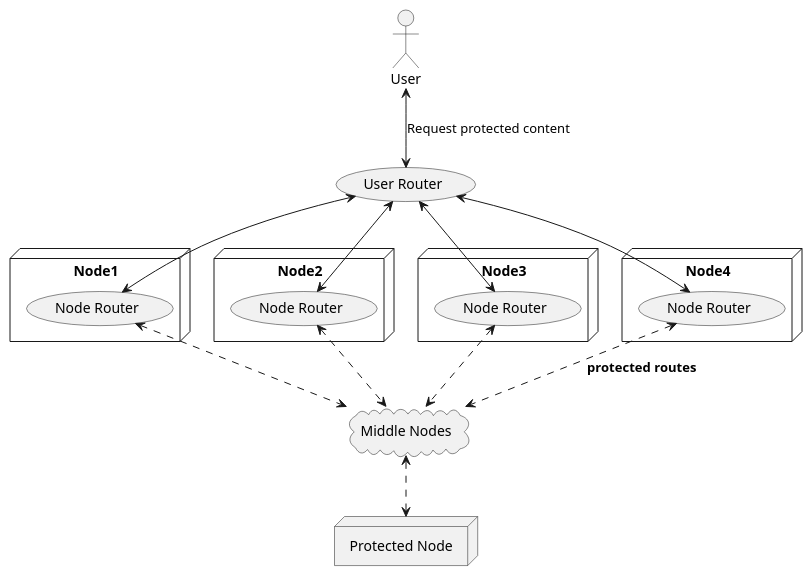
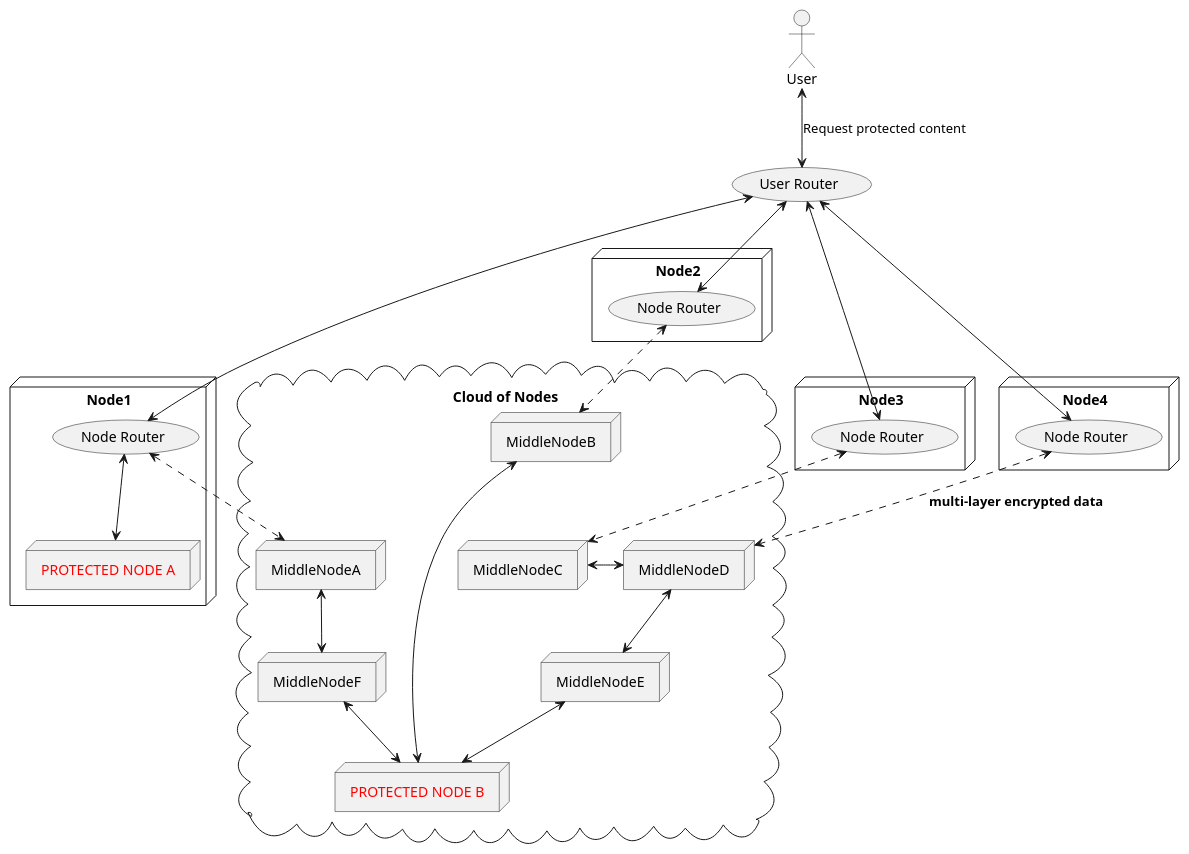
One commit to wetube/bitcloud changed the seventh of 8 diagrams in bitcloud.org. Above: the diagram before and after it, drawn with PlantUML. The commit also changed other lines of this file and 1 other file, not shown here.

```diff
--- a/bitcloud.org
+++ b/bitcloud.org
@@ -645,29 +649,42 @@
 #+BEGIN_SRC plantuml :file "img/protected-route.png"
-cloud "Middle Nodes" as MN {
+cloud "Cloud of Nodes" as MN {
+node "<color:red>PROTECTED NODE B</color>" as pnode
+node "MiddleNodeA" as mnodeA
+node "MiddleNodeB" as mnodeB
+node "MiddleNodeC" as mnodeC
+node "MiddleNodeD" as mnodeD
+node "MiddleNodeE" as mnodeE
+node "MiddleNodeF" as mnodeF
 }
 
-node "Protected Node" as pnode
 node Node1 {
-(Node Router) as RF1
+node "<color:red>PROTECTED NODE A</color>" as pnode2
+(Node Router) as NR1
+NR1 <--> pnode2
 }
 node Node2 {
-(Node Router) as RF2
+(Node Router) as NR2
 }
 node Node3 {
-(Node Router) as RF3
+(Node Router) as NR3
 }
 node Node4 {
-(Node Router) as RF4
+(Node Router) as NR4
 }
-RF1 <.down.> MN
-RF2 <.down.> MN
-RF3 <.down.> MN
-RF4 <.down.> MN  : "<b>protected routes</b>"
+NR1 <.down.> mnodeA
+NR2 <.down.> mnodeB
+NR3 <.down.> mnodeC
+NR4 <.down.> mnodeD  : "<b>multi-layer encrypted data</b>"
 (User Router) as RS
-RS     <-down-> RF1
-RS     <-down-> RF2
-RS     <-down-> RF3
-RS     <-down-> RF4
+RS     <-down-> NR1
+RS     <-down-> NR2
+RS     <-down-> NR3
+RS     <-down-> NR4
 :User:     <-down-> RS : Request protected content
-MN <.down.> pnode
+mnodeA <--> mnodeF
+mnodeF <--> pnode
+mnodeB <----> pnode
+mnodeC <-> mnodeD
+mnodeD <--> mnodeE
+mnodeE <--> pnode
 #+END_SRC
```
